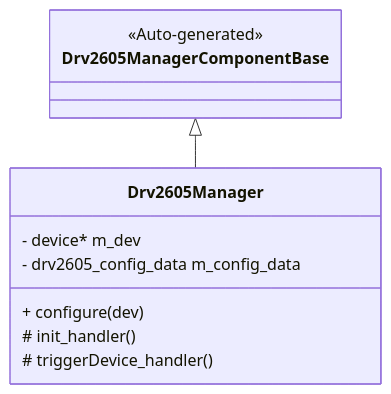
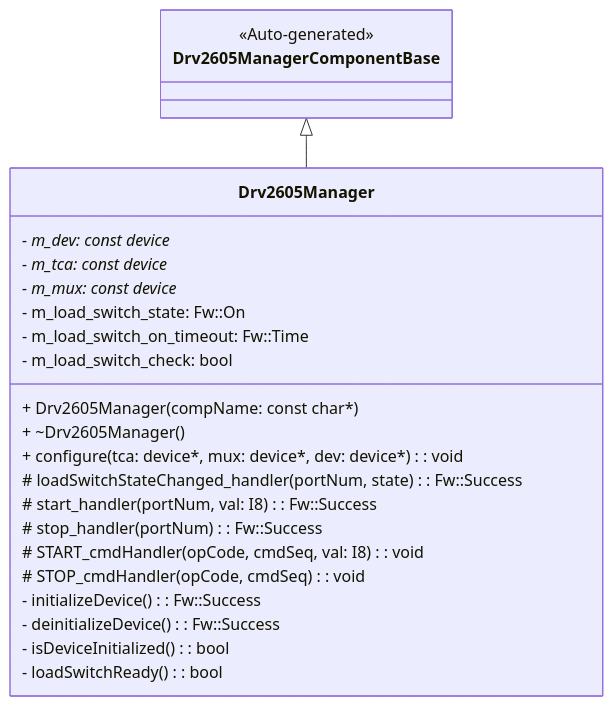
Before and after one commit to Open-Source-Space-Foundation/proves-core-reference: the first of 4 diagrams in FprimeZephyrReference/Components/Drv/Drv2605Manager/docs/sdd.md, drawn with Mermaid. The commit also changed other lines of this file and 4 other files, not shown here.

````diff
--- a/FprimeZephyrReference/Components/Drv/Drv2605Manager/docs/sdd.md
+++ b/FprimeZephyrReference/Components/Drv/Drv2605Manager/docs/sdd.md
@@ -21,16 +31,29 @@
 ```mermaid
 classDiagram
     Drv2605ManagerComponentBase <|-- Drv2605Manager
 
     class Drv2605ManagerComponentBase {
         <<Auto-generated>>
     }
 
     class Drv2605Manager {
-        - device* m_dev
-        - drv2605_config_data m_config_data
-        + configure(dev)
-        # init_handler()
-        # triggerDevice_handler()
+        + Drv2605Manager(compName: const char*)
+        + ~Drv2605Manager()
+        + configure(tca: device*, mux: device*, dev: device*): void
+        # loadSwitchStateChanged_handler(portNum, state): Fw::Success
+        # start_handler(portNum, val: I8): Fw::Success
+        # stop_handler(portNum): Fw::Success
+        # START_cmdHandler(opCode, cmdSeq, val: I8): void
+        # STOP_cmdHandler(opCode, cmdSeq): void
+        - initializeDevice(): Fw::Success
+        - deinitializeDevice(): Fw::Success
+        - isDeviceInitialized(): bool
+        - loadSwitchReady(): bool
+        - m_dev: const device*
+        - m_tca: const device*
+        - m_mux: const device*
+        - m_load_switch_state: Fw::On
+        - m_load_switch_on_timeout: Fw::Time
+        - m_load_switch_check: bool
     }
 ```
````
